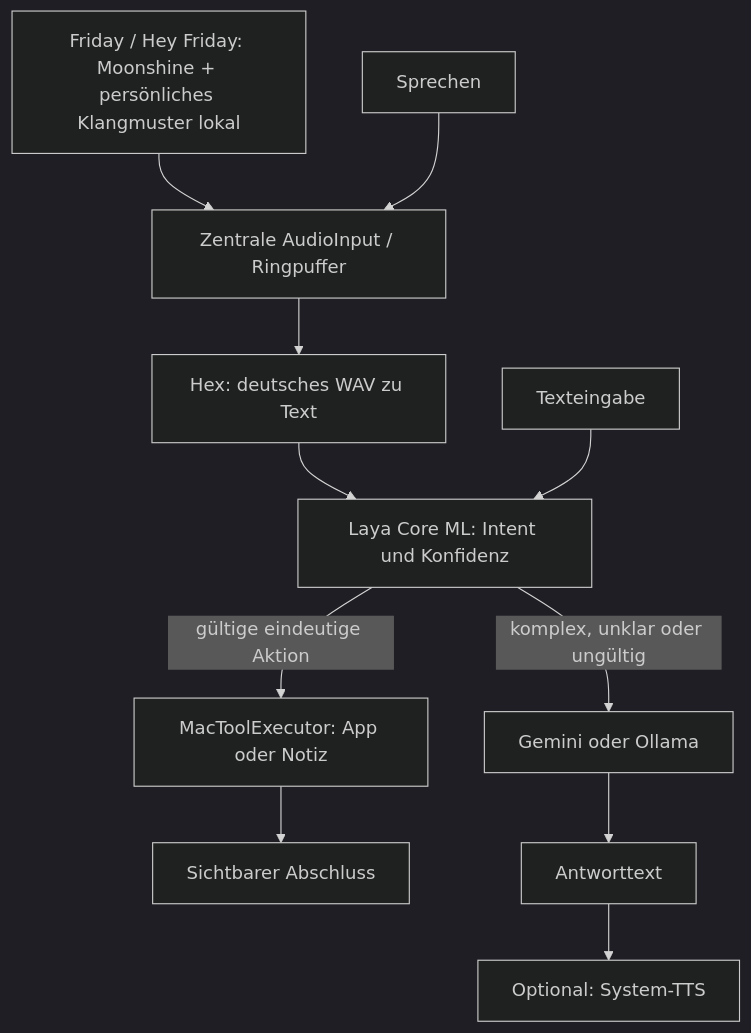
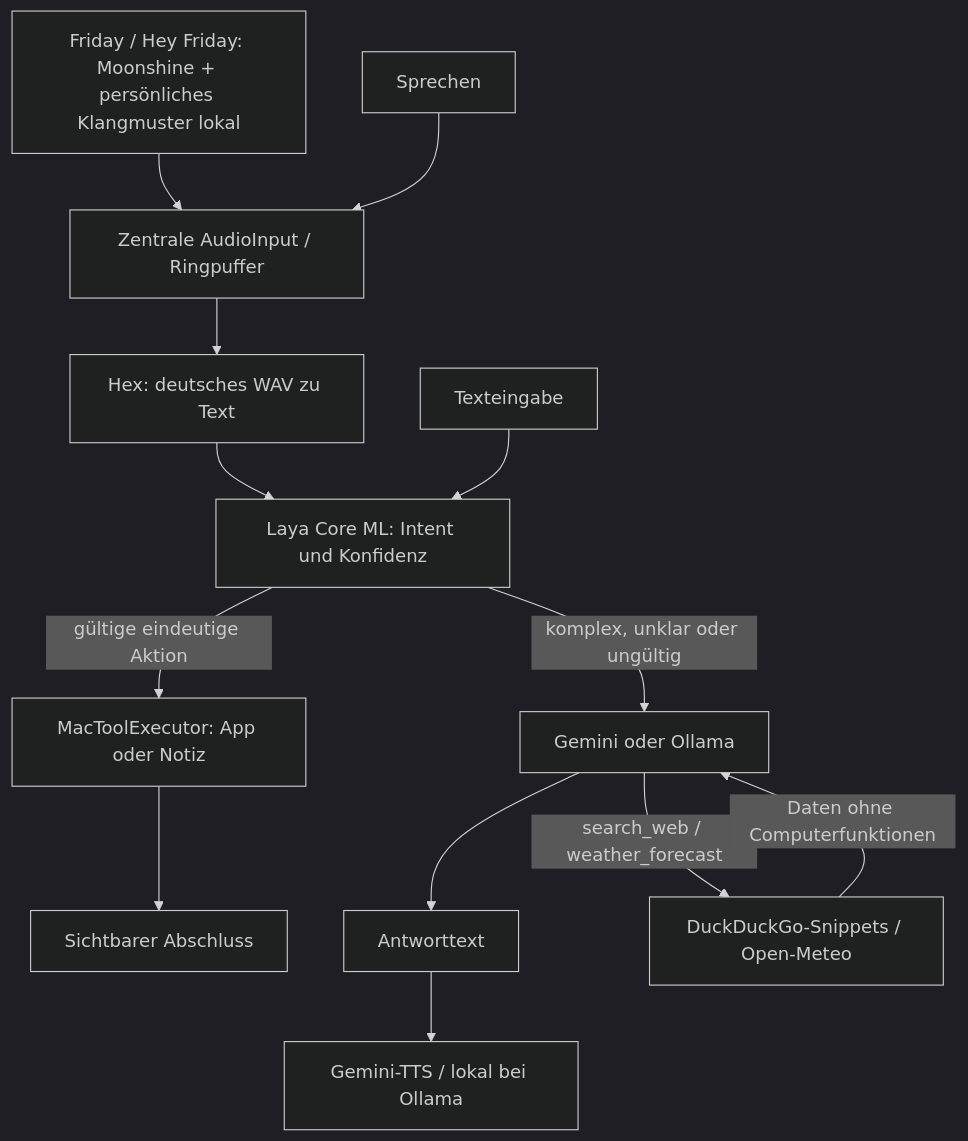
Before and after one commit to Taanel/hackday-2026-10-04: the diagram in docs/architecture.md, drawn with Mermaid (dark theme). The commit also changed other lines of this file and 33 other files, not shown here.

````diff
--- a/docs/architecture.md
+++ b/docs/architecture.md
@@ -6,13 +6,15 @@
 ```mermaid
 flowchart TD
     Wake[Friday / Hey Friday: Moonshine + persönliches Klangmuster lokal] --> Capture[Zentrale AudioInput / Ringpuffer]
     Button[Sprechen] --> Capture
     Capture --> Hex[Hex: deutsches WAV zu Text]
     Hex --> Laya[Laya Core ML: Intent und Konfidenz]
     Text[Texteingabe] --> Laya
     Laya -->|gültige eindeutige Aktion| Tools[MacToolExecutor: App oder Notiz]
     Laya -->|komplex, unklar oder ungültig| LLM[Gemini oder Ollama]
     Tools --> Done[Sichtbarer Abschluss]
     LLM --> Reply[Antworttext]
-    Reply --> TTS[Optional: System-TTS]
+    LLM -->|search_web / weather_forecast| Research[DuckDuckGo-Snippets / Open-Meteo]
+    Research -->|Daten ohne Computerfunktionen| LLM
+    Reply --> TTS[Gemini-TTS / lokal bei Ollama]
 ```
````
